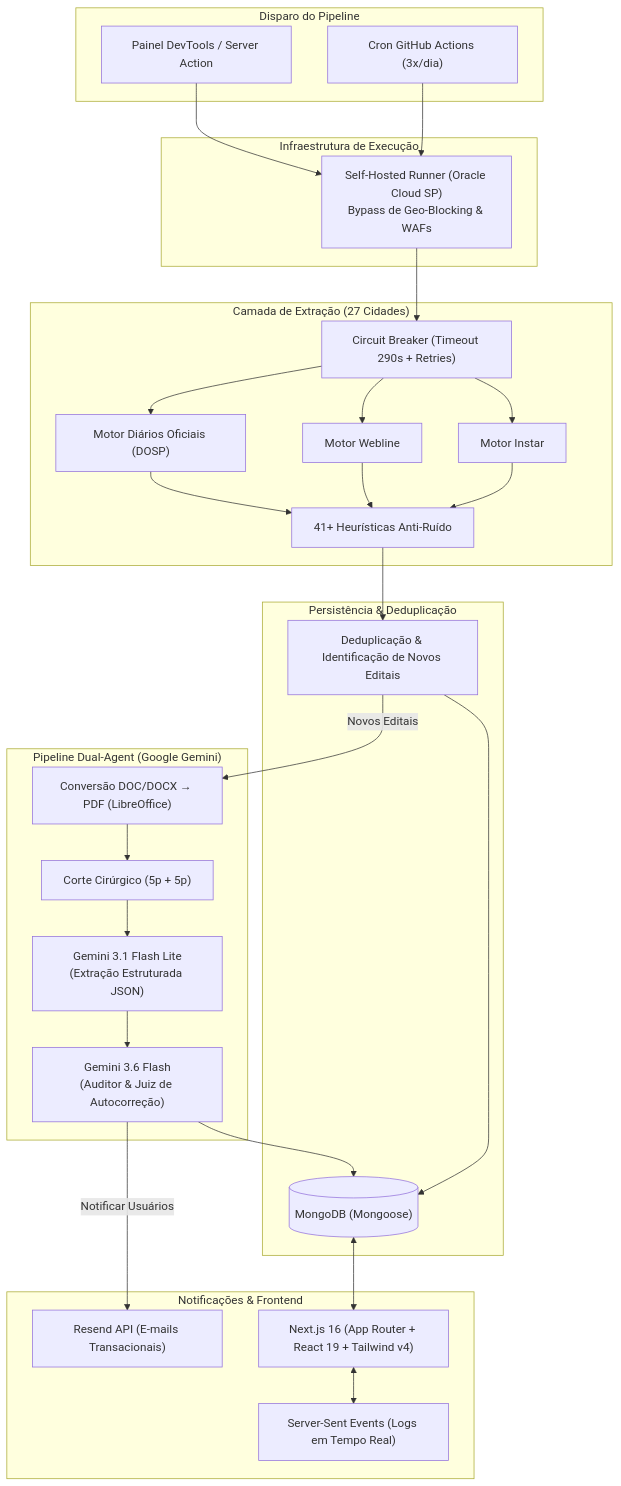
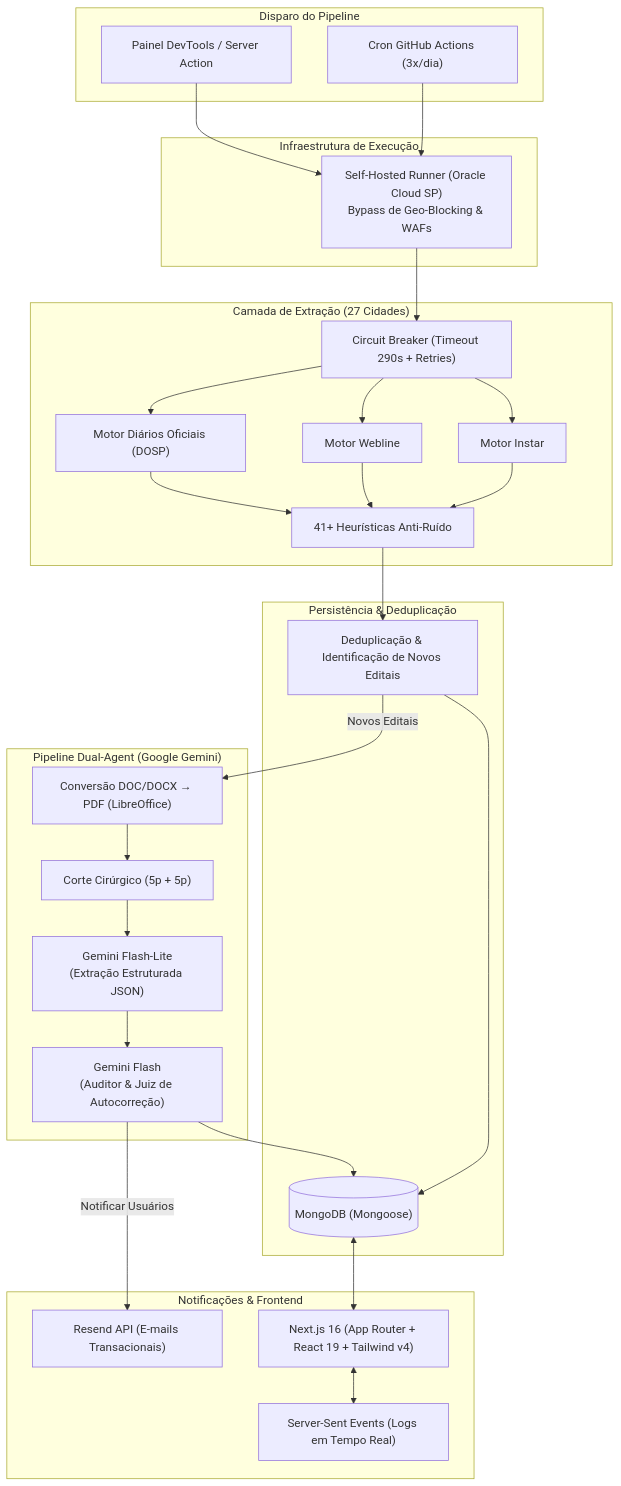
One commit to cafe51/buscador-de-concursos-locais changed the diagram in README.md. Above: the diagram before and after it, drawn with Mermaid. The commit also changed other lines of this file and 6 other files, not shown here.

Commit message:
feat: migra para @google/genai (Interactions API) e modelos gemini-flash(-lite)-latest

````diff
--- a/README.md
+++ b/README.md
@@ -60,55 +60,55 @@
 ```mermaid
 flowchart TD
     subgraph Trigger ["Disparo do Pipeline"]
         cron["Cron GitHub Actions (3x/dia)"]
         manual["Painel DevTools / Server Action"]
     end
 
     subgraph Infra ["Infraestrutura de Execução"]
         runner["Self-Hosted Runner (Oracle Cloud SP)\nBypass de Geo-Blocking & WAFs"]
     end
 
     subgraph Scraping ["Camada de Extração (27 Cidades)"]
         engineInstar["Motor Instar"]
         engineWebline["Motor Webline"]
         engineDOSP["Motor Diários Oficiais (DOSP)"]
         circuitBreaker["Circuit Breaker (Timeout 290s + Retries)"]
         antiNoise["41+ Heurísticas Anti-Ruído"]
     end
 
     subgraph Database ["Persistência & Deduplicação"]
         mongodb[("MongoDB (Mongoose)")]
         diffEngine["Deduplicação & Identificação de Novos Editais"]
     end
 
     subgraph AI ["Pipeline Dual-Agent (Google Gemini)"]
         libreoffice["Conversão DOC/DOCX → PDF (LibreOffice)"]
         tokenOptimizer["Corte Cirúrgico (5p + 5p)"]
-        geminiExtractor["Gemini 3.1 Flash Lite\n(Extração Estruturada JSON)"]
-        geminiAuditor["Gemini 3.6 Flash\n(Auditor & Juiz de Autocorreção)"]
+        geminiExtractor["Gemini Flash-Lite\n(Extração Estruturada JSON)"]
+        geminiAuditor["Gemini Flash\n(Auditor & Juiz de Autocorreção)"]
     end
 
     subgraph Notification ["Notificações & Frontend"]
         resend["Resend API (E-mails Transacionais)"]
         nextApp["Next.js 16 (App Router + React 19 + Tailwind v4)"]
         sse["Server-Sent Events (Logs em Tempo Real)"]
     end
 
     cron --> runner
     manual --> runner
     runner --> circuitBreaker
     circuitBreaker --> engineInstar & engineWebline & engineDOSP
     engineInstar & engineWebline & engineDOSP --> antiNoise
     antiNoise --> diffEngine
     diffEngine --> mongodb
 
     diffEngine -- "Novos Editais" --> libreoffice
     libreoffice --> tokenOptimizer
     tokenOptimizer --> geminiExtractor
     geminiExtractor --> geminiAuditor
     geminiAuditor --> mongodb
     geminiAuditor -- "Notificar Usuários" --> resend
 
     mongodb <--> nextApp
     nextApp <--> sse
 ```
````
